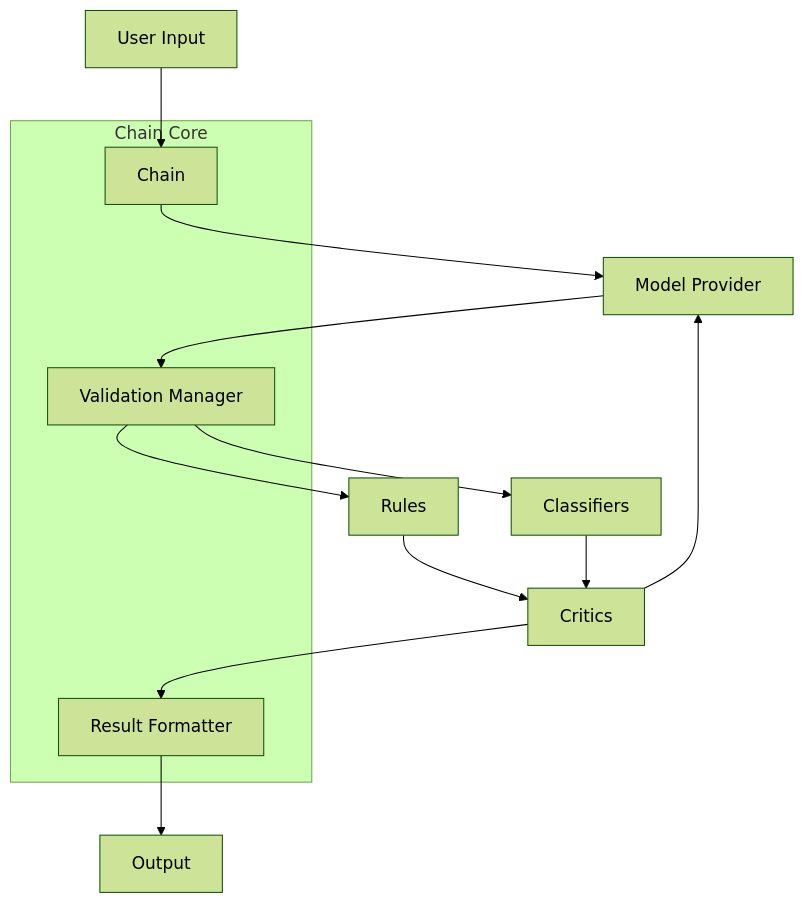
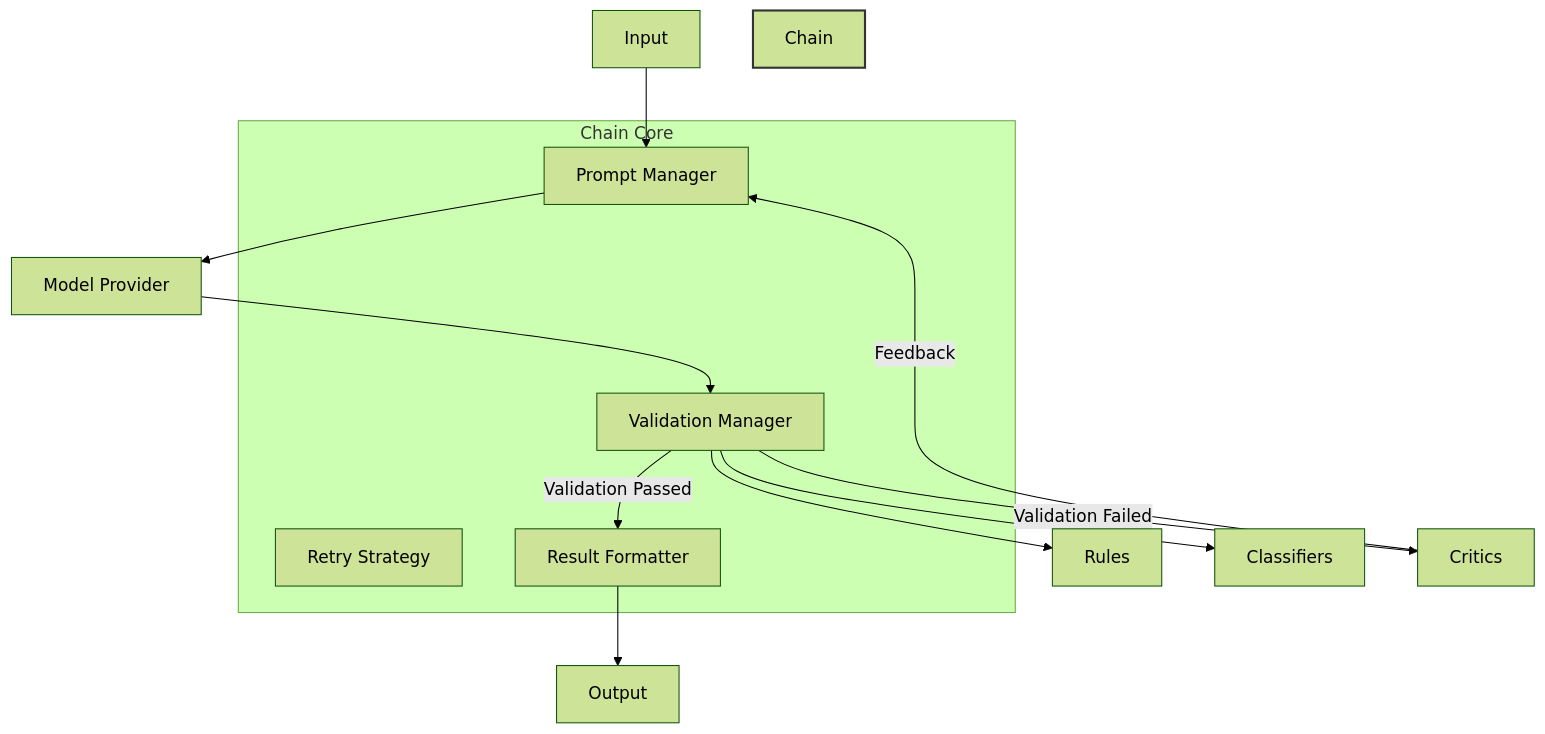
The first of 2 diagrams in README.md (sifaka-ai/sifaka), drawn with Mermaid (forest theme) before and after one commit. The commit also changed other lines of this file, not shown here.

Commit message:
docs: update architecture diagram to accurately reflect implementation

````diff
--- a/README.md
+++ b/README.md
@@ -74,18 +74,22 @@
 ```mermaid
 graph TD
-    A[User Input] --> B[Chain]
-    B --> C[Model Provider]
-    C --> D[Validation Manager]
-    D --> E[Rules]
-    E --> F[Critics]
-    F --> G[Result Formatter]
-    G --> H[Output]
-    D --> I[Classifiers]
-    I --> F
-    F --> C
     subgraph Chain Core
-        B
-        D
-        G
+        PM[Prompt Manager]
+        VS[Validation Manager]
+        RS[Retry Strategy]
+        RF[Result Formatter]
     end
+
+    I[Input] --> PM
+    PM --> MP[Model Provider]
+    MP --> VS
+    VS --> R[Rules]
+    VS --> C[Classifiers]
+
+    VS --> |Validation Failed| CR[Critics]
+    CR --> |Feedback| PM
+    VS --> |Validation Passed| RF
+    RF --> O[Output]
+
+    style Chain Core fill:#f5f5f5,stroke:#333,stroke-width:2px
 ```
````
